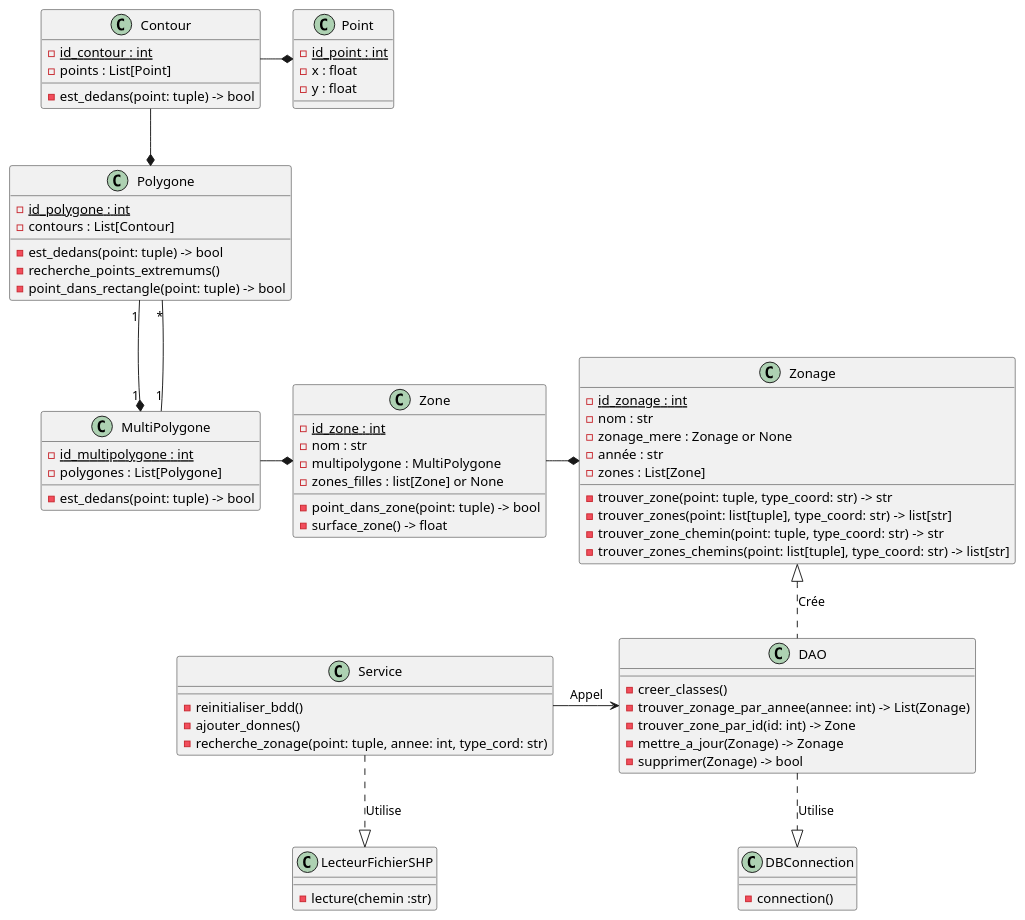
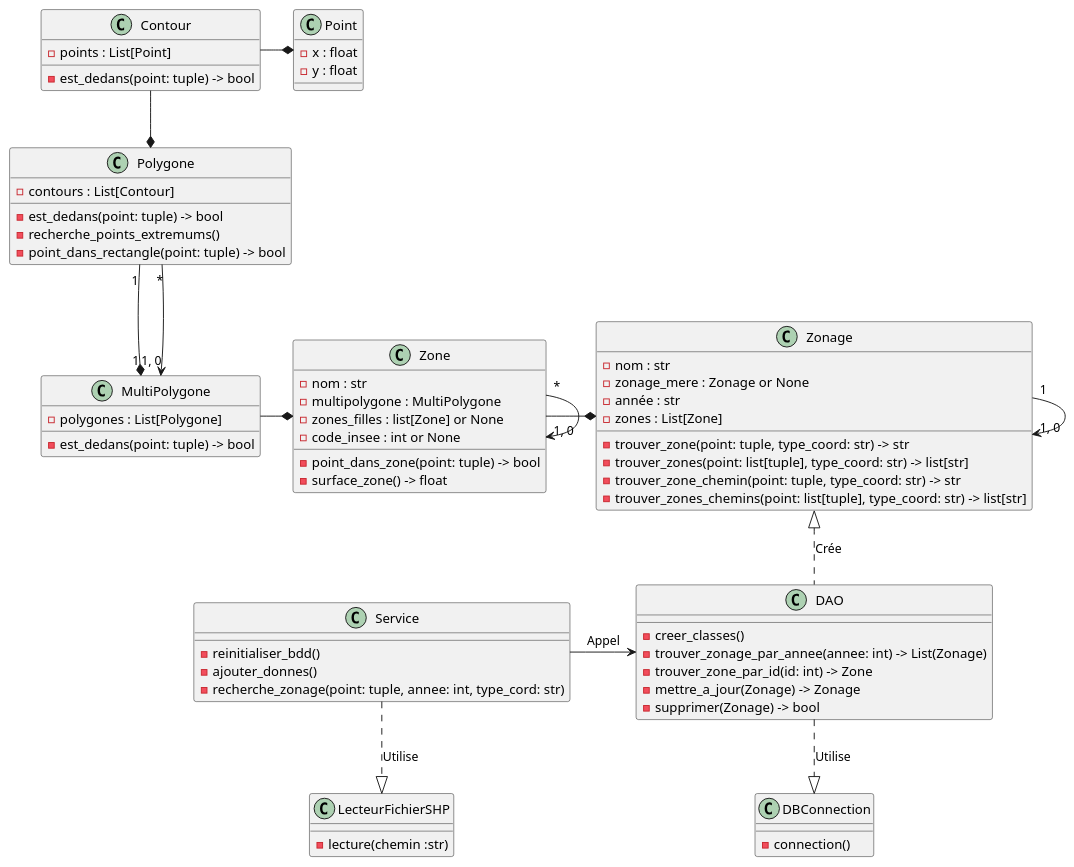
The diagram in doc/diagrammes/diagramme_classes.md (antoni-guardia/ENSAI_ProjetInfo2A), drawn with PlantUML before and after one commit. The commit also changed 3 other files, not shown here.

```diff
--- a/doc/diagrammes/diagramme_classes.md
+++ b/doc/diagrammes/diagramme_classes.md
@@ -1,16 +1,15 @@
 @startuml
 
 class Zone {
- - {Static} id_zone : int
  - nom : str
  - multipolygone : MultiPolygone
  - zones_filles : list[Zone] or None
+ - code_insee : int or None
  - point_dans_zone(point: tuple) -> bool
  - surface_zone() -> float 
  }
 
 class Zonage {
- - {Static} id_zonage : int
  - nom : str
  - zonage_mere : Zonage or None
  - année : str
@@ -22,14 +21,12 @@
  }
 
 class MultiPolygone{
- - {Static} id_multipolygone : int
  - polygones : List[Polygone]
  - est_dedans(point: tuple) -> bool
  }
 
 
 class Polygone{
- - {Static} id_polygone : int
  - contours : List[Contour] 
  - est_dedans(point: tuple) -> bool
  - recherche_points_extremums()
@@ -37,13 +34,11 @@
 }
 
 class Contour{
- - {Static} id_contour : int
  - points : List[Point]
  - est_dedans(point: tuple) -> bool
 }
 
 class Point{
- - {Static} id_point : int
  - x : float
  - y : float
 }
@@ -75,7 +70,13 @@
 Contour -right-* Point
 Contour --* Polygone
 Polygone "1"-down-*"1" MultiPolygone
-Polygone "*"-down-"1" MultiPolygone
+Polygone "*"-down->"1, 0" MultiPolygone
+
+
+
+Zone "*"-down->"1, 0" Zone
+Zonage "1"-down->"1, 0" Zonage
+
 
 Zone *-left- MultiPolygone
 Zone -right-* Zonage
```
